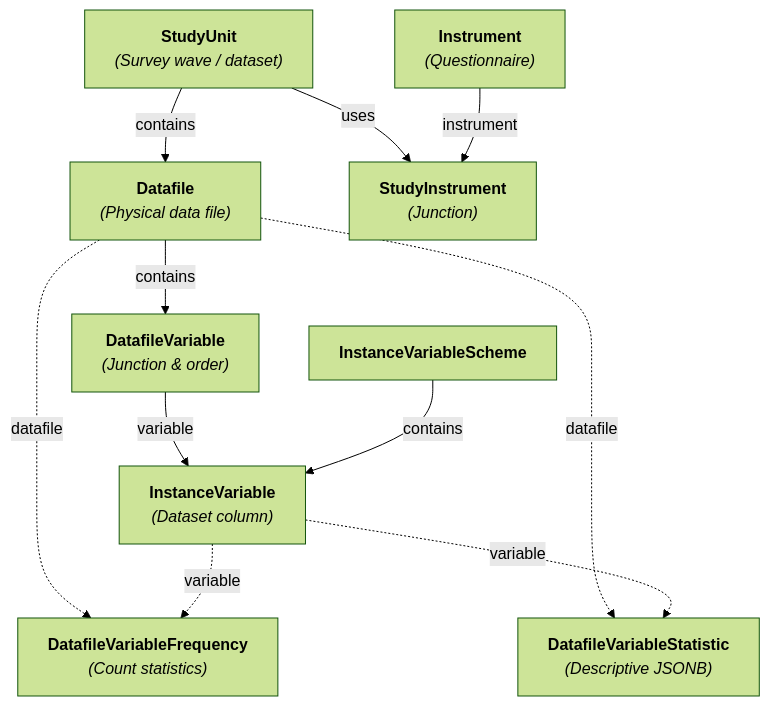
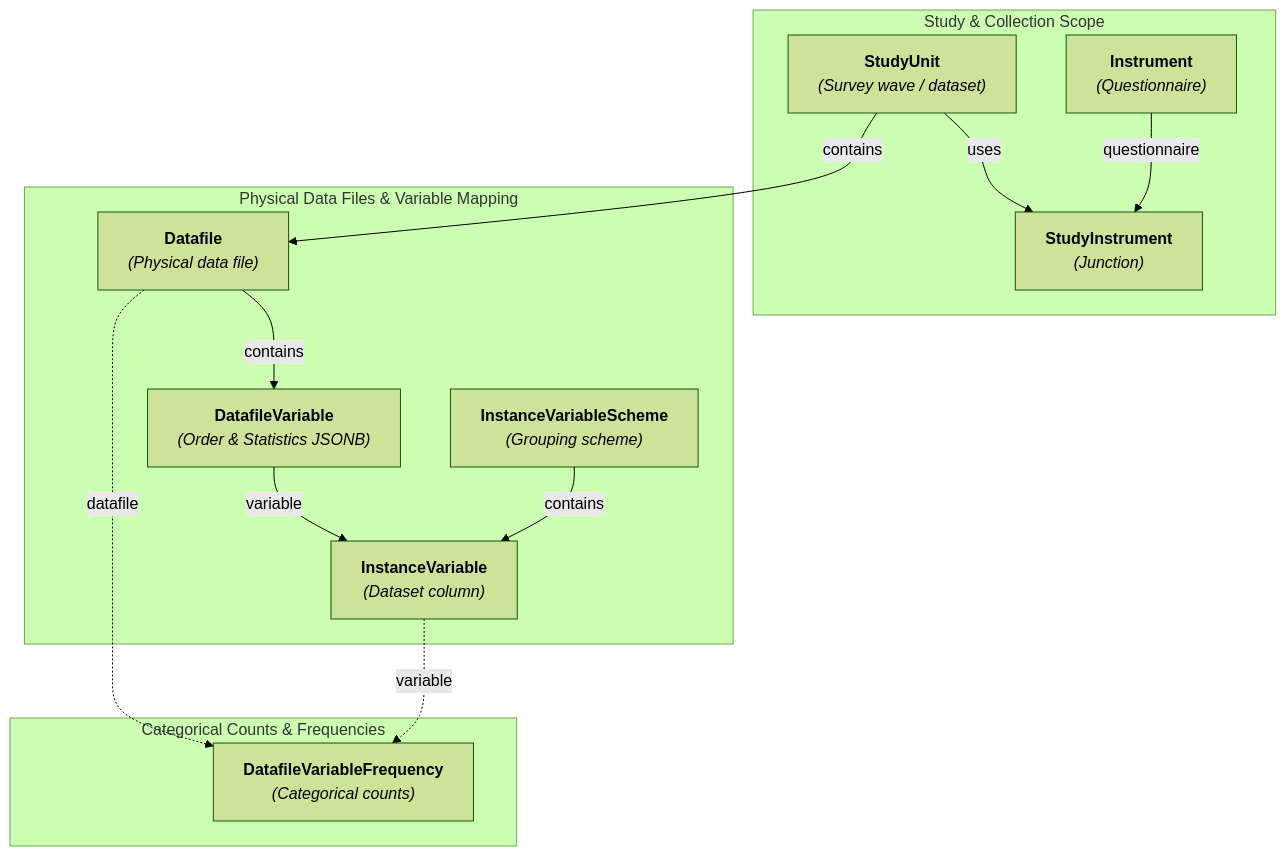
The third of 6 diagrams in deliverables/research/database.md (PlgaH/fairwddi-wp3-3), drawn with Mermaid (forest theme) before and after one commit. The commit also changed other lines of this file and 16 other files, not shown here.

Commit message:
refactor: remove separate variable and datafile statistic tables in favor of JSONB statistics on DatafileVariable

````diff
--- a/deliverables/research/database.md
+++ b/deliverables/research/database.md
@@ -507,13 +507,28 @@
 ```mermaid
 graph TD
-    SU["<b>StudyUnit</b><br/><i>(Survey wave / dataset)</i>"] -->|contains| DF["<b>Datafile</b><br/><i>(Physical data file)</i>"]
-    DF -->|contains| DV["<b>DatafileVariable</b><br/><i>(Junction & order)</i>"]
-    DV -->|variable| IV["<b>InstanceVariable</b><br/><i>(Dataset column)</i>"]
-    IVS["<b>InstanceVariableScheme</b>"] -->|contains| IV
-    DF -.->|datafile| DVF["<b>DatafileVariableFrequency</b><br/><i>(Count statistics)</i>"]
+    subgraph Study_Scope ["Study & Collection Scope"]
+        SU["<b>StudyUnit</b><br/><i>(Survey wave / dataset)</i>"]
+        SI["<b>StudyInstrument</b><br/><i>(Junction)</i>"]
+        Inst["<b>Instrument</b><br/><i>(Questionnaire)</i>"]
+    end
+
+    subgraph Physical_Datafiles ["Physical Data Files & Variable Mapping"]
+        DF["<b>Datafile</b><br/><i>(Physical data file)</i>"]
+        DV["<b>DatafileVariable</b><br/><i>(Order & Statistics JSONB)</i>"]
+        IV["<b>InstanceVariable</b><br/><i>(Dataset column)</i>"]
+        IVS["<b>InstanceVariableScheme</b><br/><i>(Grouping scheme)</i>"]
+    end
+
+    subgraph Categorical_Statistics ["Categorical Counts & Frequencies"]
+        DVF["<b>DatafileVariableFrequency</b><br/><i>(Categorical counts)</i>"]
+    end
+
+    SU -->|contains| DF
+    SU -->|uses| SI
+    Inst -->|questionnaire| SI
+    DF -->|contains| DV
+    DV -->|variable| IV
+    IVS -->|contains| IV
+    DF -.->|datafile| DVF
     IV -.->|variable| DVF
-    DF -.->|datafile| DVS["<b>DatafileVariableStatistic</b><br/><i>(Descriptive JSONB)</i>"]
-    IV -.->|variable| DVS
-    SU -->|uses| SI["<b>StudyInstrument</b><br/><i>(Junction)</i>"]
-    Inst["<b>Instrument</b><br/><i>(Questionnaire)</i>"] -->|instrument| SI
 ```
````
